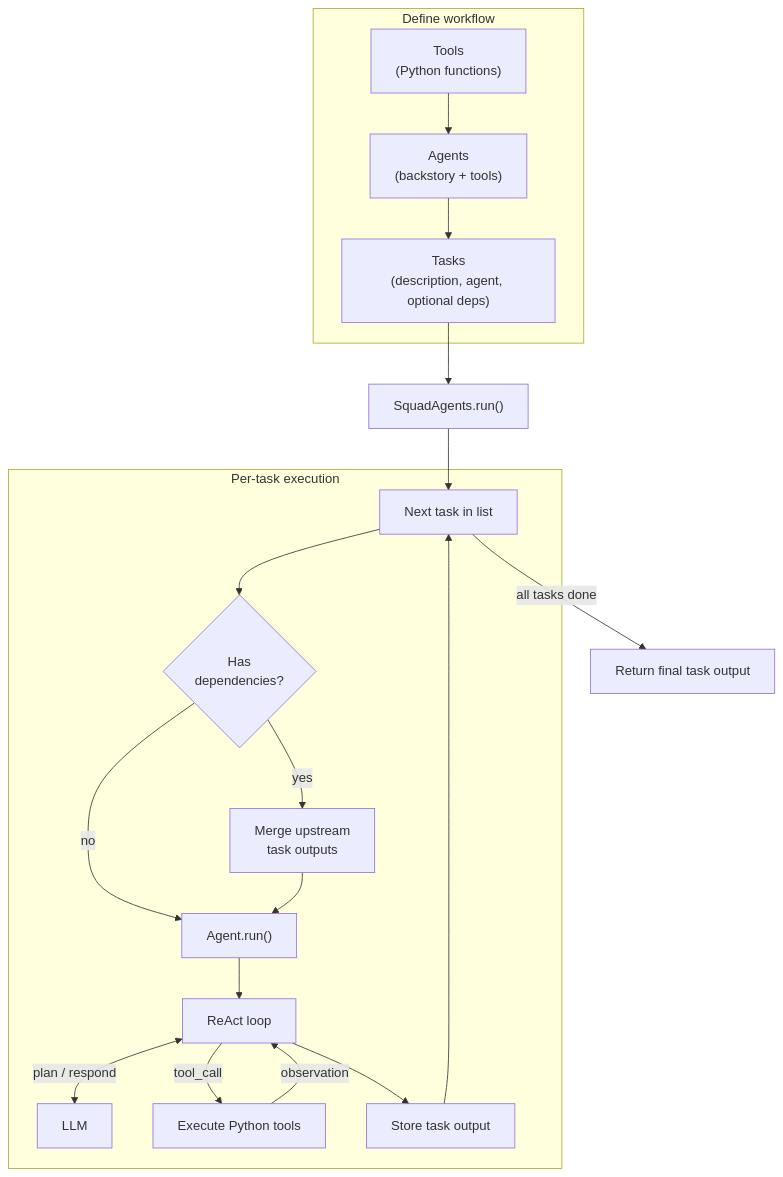
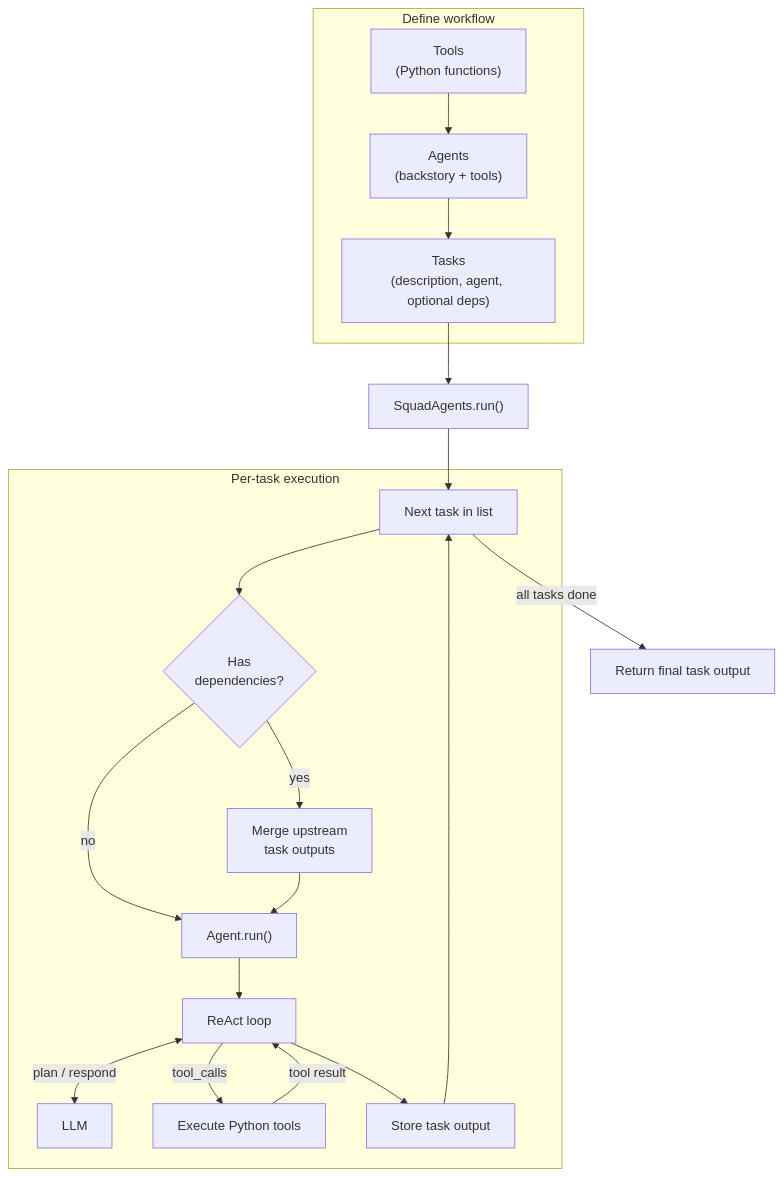
The diagram in README.md (skhanal123/squadAI), drawn with Mermaid before and after one commit. The commit also changed other lines of this file and 16 other files, not shown here.

````diff
--- a/README.md
+++ b/README.md
@@ -17,27 +17,27 @@
 ```mermaid
 flowchart TD
     subgraph setup["Define workflow"]
         Tools["Tools<br/>(Python functions)"]
         Agents["Agents<br/>(backstory + tools)"]
         Tasks["Tasks<br/>(description, agent, optional deps)"]
         Tools --> Agents --> Tasks
     end
 
     Tasks --> Run["SquadAgents.run()"]
     Run --> Loop["Next task in list"]
 
     subgraph execute["Per-task execution"]
         Loop --> Deps{"Has<br/>dependencies?"}
         Deps -->|yes| Context["Merge upstream<br/>task outputs"]
         Deps -->|no| AgentRun["Agent.run()"]
         Context --> AgentRun
         AgentRun --> React["ReAct loop"]
         React <-->|"plan / respond"| LLM["LLM"]
-        React -->|"tool_call"| ToolExec["Execute Python tools"]
-        ToolExec -->|"observation"| React
+        React -->|"tool_calls"| ToolExec["Execute Python tools"]
+        ToolExec -->|"tool result"| React
         React --> Store["Store task output"]
     end
 
     Store --> Loop
     Loop -->|"all tasks done"| Result["Return final task output"]
 ```
````
